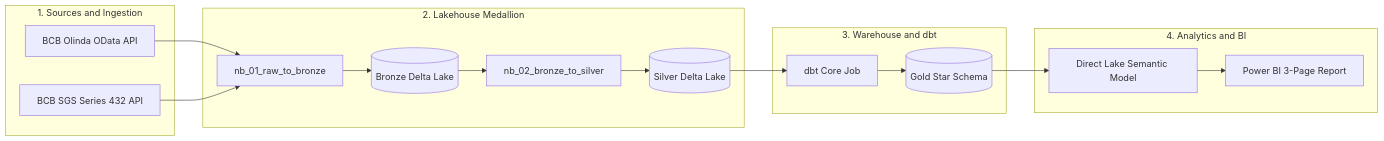
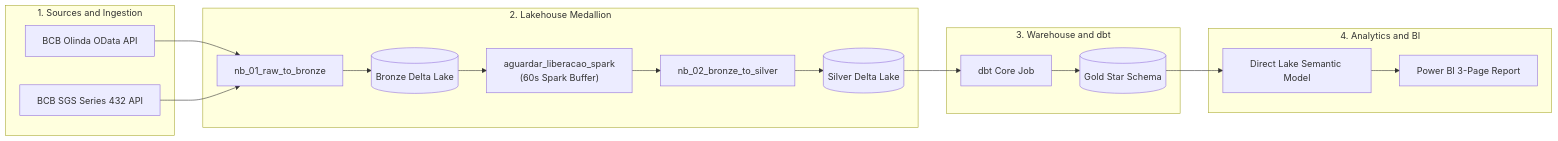
The diagram in README.en.md (leoserpa/fabric-focus-market-intelligence), drawn with Mermaid before and after one commit. The commit also changed 5 other files, not shown here.

Commit message:
docs: update mermaid architecture diagrams with spark stabilization wait activity

````diff
--- a/README.en.md
+++ b/README.en.md
@@ -31,34 +31,36 @@
 ```mermaid
 flowchart LR
     subgraph Ingestion ["1. Sources and Ingestion"]
         A[BCB Olinda OData API]
         B[BCB SGS Series 432 API]
     end
 
     subgraph FabricLakehouse ["2. Lakehouse Medallion"]
         C[nb_01_raw_to_bronze]
         D[(Bronze Delta Lake)]
+        W["aguardar_liberacao_spark<br/>(60s Spark Buffer)"]
         E[nb_02_bronze_to_silver]
         F[(Silver Delta Lake)]
     end
 
     subgraph FabricWarehouse ["3. Warehouse and dbt"]
         G[dbt Core Job]
         H[(Gold Star Schema)]
     end
 
     subgraph Consumption ["4. Analytics and BI"]
         I[Direct Lake Semantic Model]
         J[Power BI 3-Page Report]
     end
 
     A --> C
     B --> C
     C --> D
-    D --> E
+    D --> W
+    W --> E
     E --> F
     F --> G
     G --> H
     H --> I
     I --> J
 ```
````
